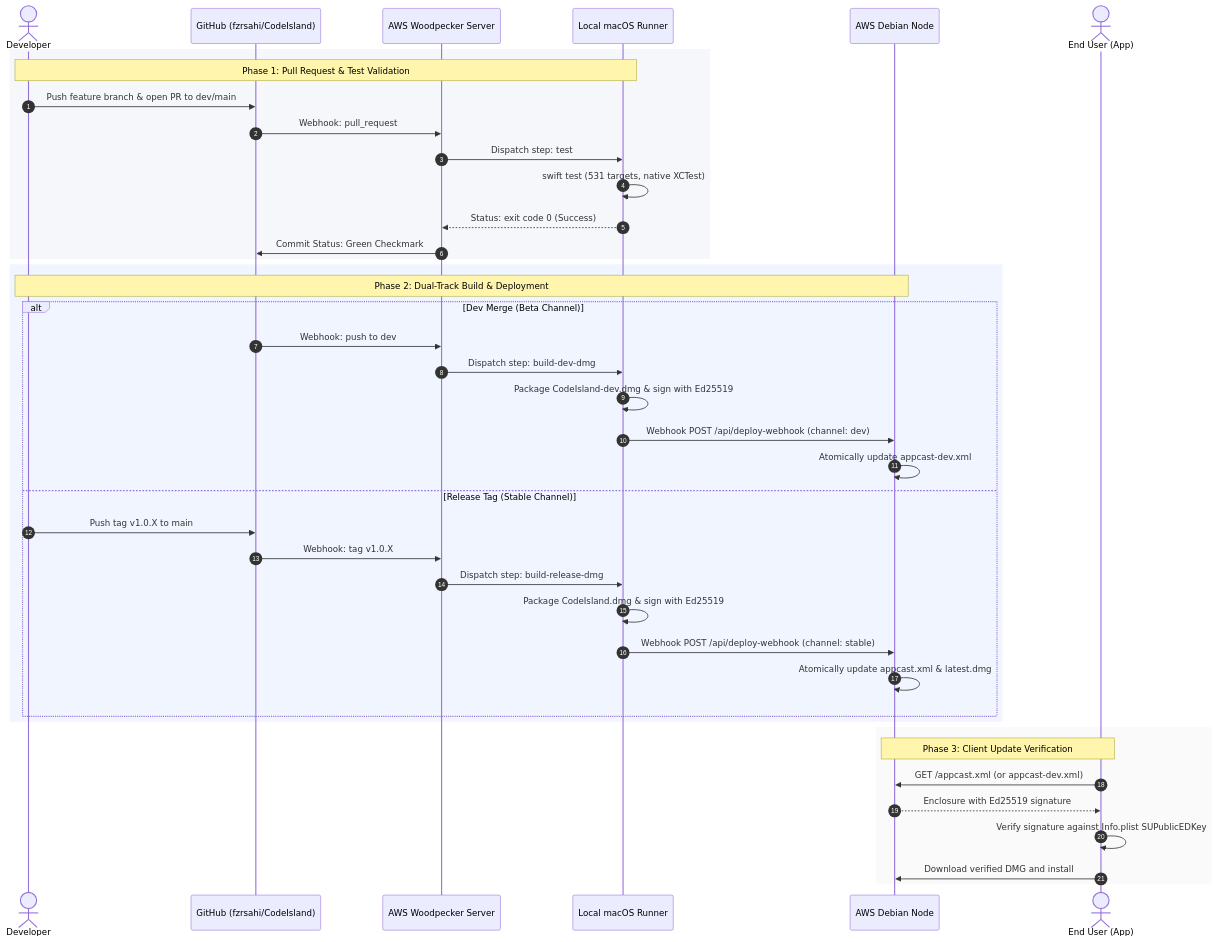
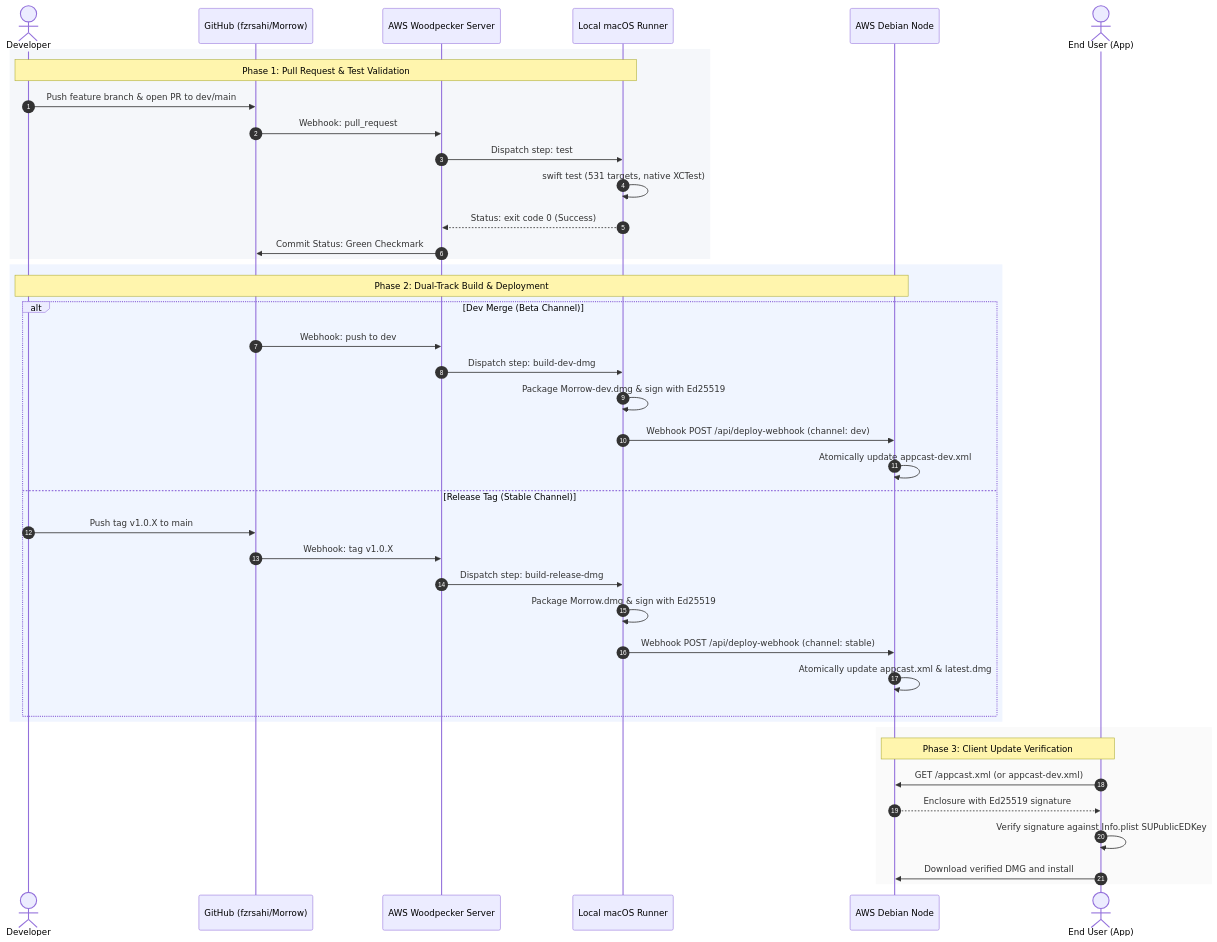
Before and after one commit to fzrsahi/CodeIsland: the second of 2 diagrams in deploy/debian/README.md, drawn with Mermaid. The commit also changed other lines of this file and 1238 other files, not shown here.

Commit message:
feat(#47): rebrand CodeIsland to Morrow across all platforms, scripts, and documentation

````diff
--- a/deploy/debian/README.md
+++ b/deploy/debian/README.md
@@ -63,46 +63,46 @@
 ```mermaid
 sequenceDiagram
     autonumber
     actor Dev as Developer
-    participant Git as GitHub (fzrsahi/CodeIsland)
+    participant Git as GitHub (fzrsahi/Morrow)
     participant WP as AWS Woodpecker Server
     participant Run as Local macOS Runner
     participant Web as AWS Debian Node
     actor User as End User (App)
 
     rect rgb(245, 247, 250)
         Note over Dev,Run: Phase 1: Pull Request & Test Validation
         Dev->>Git: Push feature branch & open PR to dev/main
         Git->>WP: Webhook: pull_request
         WP->>Run: Dispatch step: test
         Run->>Run: swift test (531 targets, native XCTest)
         Run-->>WP: Status: exit code 0 (Success)
         WP->>Git: Commit Status: Green Checkmark
     end
 
     rect rgb(240, 245, 255)
         Note over Dev,Web: Phase 2: Dual-Track Build & Deployment
         alt Dev Merge (Beta Channel)
             Git->>WP: Webhook: push to dev
             WP->>Run: Dispatch step: build-dev-dmg
-            Run->>Run: Package CodeIsland-dev.dmg & sign with Ed25519
+            Run->>Run: Package Morrow-dev.dmg & sign with Ed25519
             Run->>Web: Webhook POST /api/deploy-webhook (channel: dev)
             Web->>Web: Atomically update appcast-dev.xml
         else Release Tag (Stable Channel)
             Dev->>Git: Push tag v1.0.X to main
             Git->>WP: Webhook: tag v1.0.X
             WP->>Run: Dispatch step: build-release-dmg
-            Run->>Run: Package CodeIsland.dmg & sign with Ed25519
+            Run->>Run: Package Morrow.dmg & sign with Ed25519
             Run->>Web: Webhook POST /api/deploy-webhook (channel: stable)
             Web->>Web: Atomically update appcast.xml & latest.dmg
         end
     end
 
     rect rgb(250, 250, 250)
         Note over Web,User: Phase 3: Client Update Verification
         User->>Web: GET /appcast.xml (or appcast-dev.xml)
         Web-->>User: Enclosure with Ed25519 signature
         User->>User: Verify signature against Info.plist SUPublicEDKey
         User->>Web: Download verified DMG and install
     end
 ```
````
